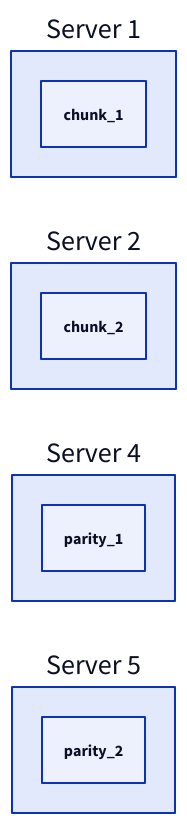
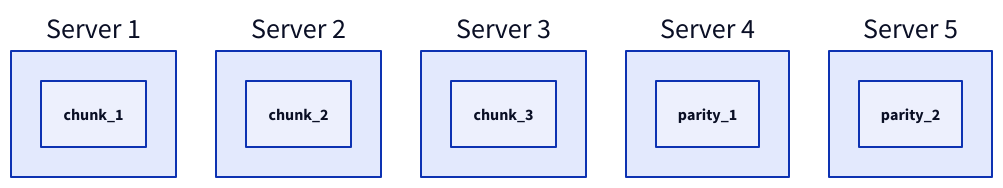
Diagram 13 of 19 in content/docs/data-persistence/media-storage.md (link1905/system-design-101), drawn with D2 before and after one commit. The commit also changed other lines of this file and 40 other files, not shown here.

````diff
--- a/content/docs/data-persistence/media-storage.md
+++ b/content/docs/data-persistence/media-storage.md
@@ -334,7 +373,8 @@
 ```d2
-direction: right
+grid-rows: 1
 s1: Server 1 { c1: chunk_1 { class: file } }
 s2: Server 2 { c2: chunk_2 { class: generic-error } }
+s3: Server 3 { c3: chunk_3 { class: file } }
 s4: Server 4 { c4: parity_1 { class: file } }
 s5: Server 5 { p1: parity_2 { class: generic-error } }
 ```
````
